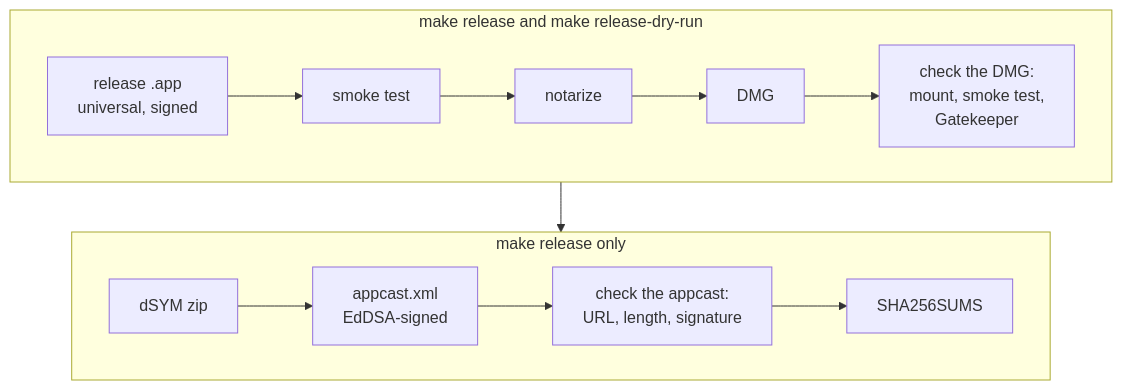
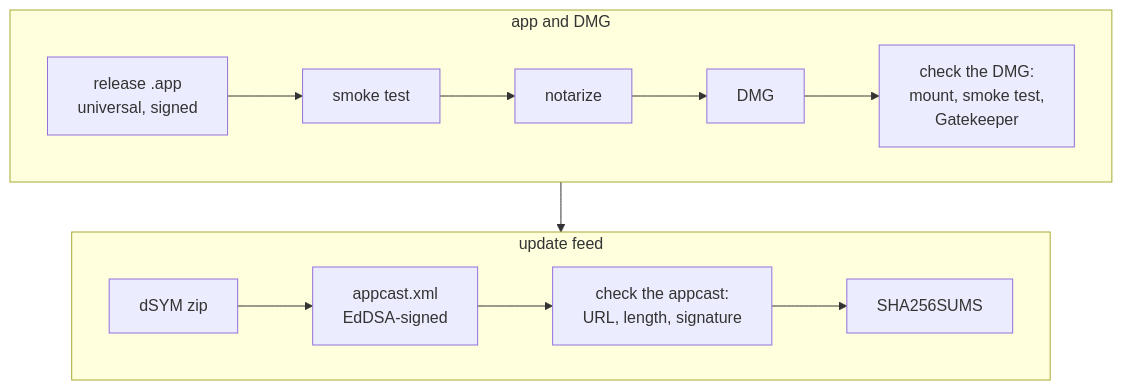
The second of 3 diagrams in docs/RELEASING.md (chengzi-io/macos-swiftui-spm-template), drawn with Mermaid before and after one commit. The commit also changed other lines of this file and 11 other files, not shown here.

First line of the commit message:
ci(release): drop the release dry run

````diff
--- a/docs/RELEASING.md
+++ b/docs/RELEASING.md
@@ -36,12 +29,12 @@
 ```mermaid
 flowchart TB
-    subgraph both["make release and make release-dry-run"]
+    subgraph package["app and DMG"]
         direction LR
         app["release .app<br/>universal, signed"] --> smoke["smoke test"] --> notarize["notarize"] --> dmg["DMG"] --> check["check the DMG:<br/>mount, smoke test,<br/>Gatekeeper"]
     end
-    subgraph only["make release only"]
+    subgraph feed["update feed"]
         direction LR
         dsym["dSYM zip"] --> appcast["appcast.xml<br/>EdDSA-signed"] --> verify["check the appcast:<br/>URL, length, signature"] --> sums["SHA256SUMS"]
     end
-    both --> only
+    package --> feed
 ```
````
